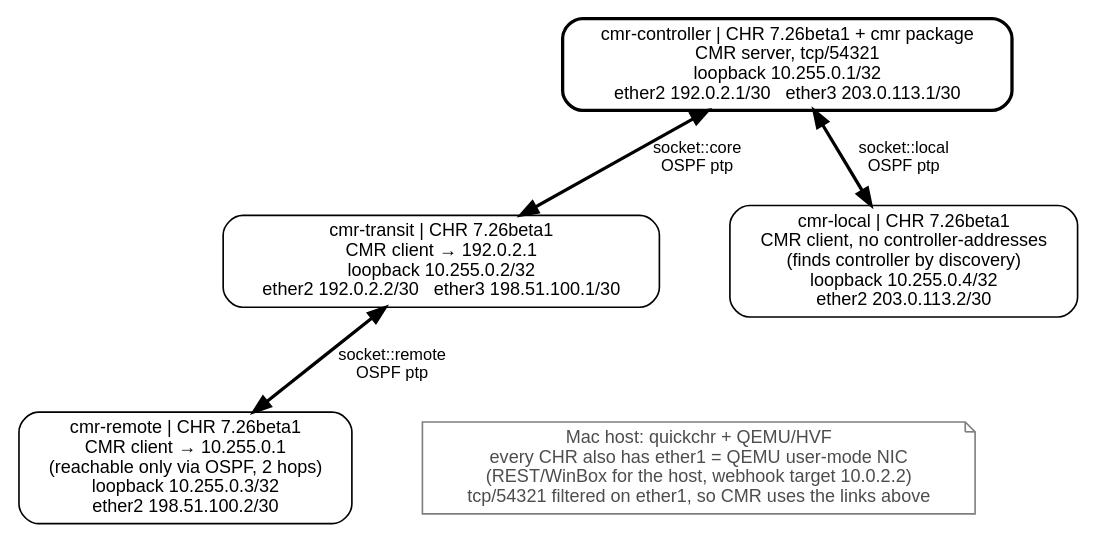
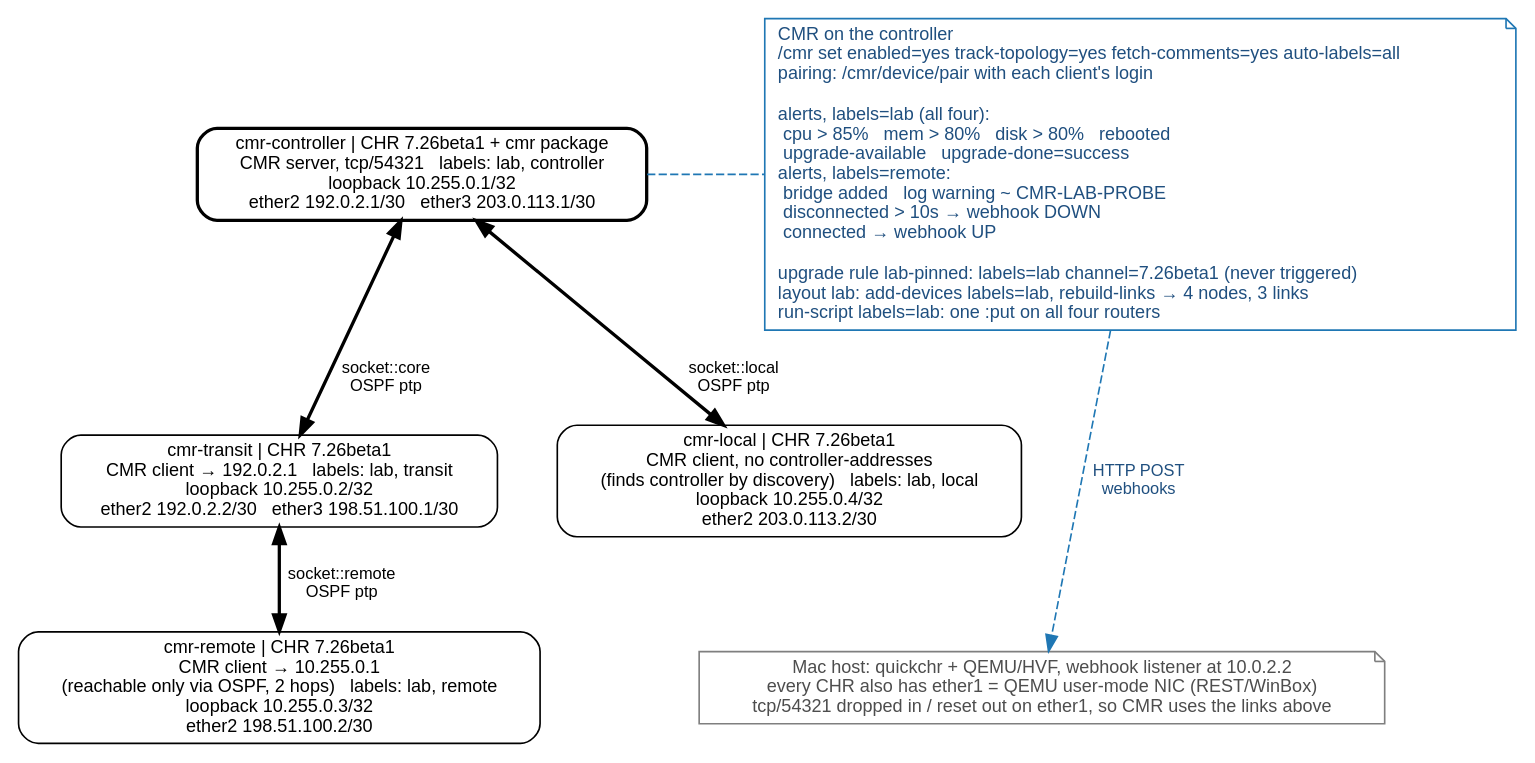
The diagram in examples/cmr/config/topology.dot (tikoci/quickchr), drawn with Graphviz before and after one commit. The commit also changed 6 other files, not shown here.

First line of the commit message:
fix(examples/cmr): tear down by name, and require a fresh outage alert (#183)

```diff
--- a/examples/cmr/config/topology.dot
+++ b/examples/cmr/config/topology.dot
@@ -1,20 +1,25 @@
 // examples/cmr lab topology. Render from examples/cmr: dot -Tsvg config/topology.dot -o config/topology.svg
 digraph cmr_lab {
     rankdir=TB;
-    nodesep=0.6;
+    nodesep=0.5;
     node [shape=box, style=rounded, fontname="Helvetica", fontsize=11];
     edge [fontname="Helvetica", fontsize=10, dir=both, penwidth=2];
 
-    controller [style="rounded,bold", label="cmr-controller | CHR 7.26beta1 + cmr package\nCMR server, tcp/54321\nloopback 10.255.0.1/32\nether2 192.0.2.1/30   ether3 203.0.113.1/30"];
-    transit    [label="cmr-transit | CHR 7.26beta1\nCMR client → 192.0.2.1\nloopback 10.255.0.2/32\nether2 192.0.2.2/30   ether3 198.51.100.1/30"];
-    local      [label="cmr-local | CHR 7.26beta1\nCMR client, no controller-addresses\n(finds controller by discovery)\nloopback 10.255.0.4/32\nether2 203.0.113.2/30"];
-    remote     [label="cmr-remote | CHR 7.26beta1\nCMR client → 10.255.0.1\n(reachable only via OSPF, 2 hops)\nloopback 10.255.0.3/32\nether2 198.51.100.2/30"];
+    controller [style="rounded,bold", label="cmr-controller | CHR 7.26beta1 + cmr package\nCMR server, tcp/54321   labels: lab, controller\nloopback 10.255.0.1/32\nether2 192.0.2.1/30   ether3 203.0.113.1/30"];
+    transit    [label="cmr-transit | CHR 7.26beta1\nCMR client → 192.0.2.1   labels: lab, transit\nloopback 10.255.0.2/32\nether2 192.0.2.2/30   ether3 198.51.100.1/30"];
+    local      [label="cmr-local | CHR 7.26beta1\nCMR client, no controller-addresses\n(finds controller by discovery)   labels: lab, local\nloopback 10.255.0.4/32\nether2 203.0.113.2/30"];
+    remote     [label="cmr-remote | CHR 7.26beta1\nCMR client → 10.255.0.1\n(reachable only via OSPF, 2 hops)   labels: lab, remote\nloopback 10.255.0.3/32\nether2 198.51.100.2/30"];
 
     controller -> transit [label=" socket::core\n OSPF ptp"];
     controller -> local   [label=" socket::local\n OSPF ptp"];
     transit -> remote     [label=" socket::remote\n OSPF ptp"];
 
-    host [shape=note, style="", fontcolor=gray30, color=gray50, label="Mac host: quickchr + QEMU/HVF\nevery CHR also has ether1 = QEMU user-mode NIC\n(REST/WinBox for the host, webhook target 10.0.2.2)\ntcp/54321 filtered on ether1, so CMR uses the links above"];
+    cmr [shape=note, style="", color="#1f77b4", fontcolor="#1f4f7f", label="CMR on the controller\l/cmr set enabled=yes track-topology=yes fetch-comments=yes auto-labels=all\lpairing: /cmr/device/pair with each client's login\l\lalerts, labels=lab (all four):\l  cpu > 85%   mem > 80%   disk > 80%   rebooted\l  upgrade-available   upgrade-done=success\lalerts, labels=remote:\l  bridge added   log warning ~ CMR-LAB-PROBE\l  disconnected > 10s → webhook DOWN\l  connected → webhook UP\l\lupgrade rule lab-pinned: labels=lab channel=7.26beta1 (never triggered)\llayout lab: add-devices labels=lab, rebuild-links → 4 nodes, 3 links\lrun-script labels=lab: one :put on all four routers\l"];
+    {rank=same; controller; cmr}
+    controller -> cmr [dir=none, style=dashed, penwidth=1, color="#1f77b4"];
+
+    host [shape=note, style="", fontcolor=gray30, color=gray50, label="Mac host: quickchr + QEMU/HVF, webhook listener at 10.0.2.2\nevery CHR also has ether1 = QEMU user-mode NIC (REST/WinBox)\ntcp/54321 dropped in / reset out on ether1, so CMR uses the links above"];
     {rank=same; remote; host}
     transit -> host [style=invis];
+    cmr -> host [dir=forward, style=dashed, penwidth=1, color="#1f77b4", fontcolor="#1f4f7f", label=" HTTP POST\n webhooks"];
 }
```
